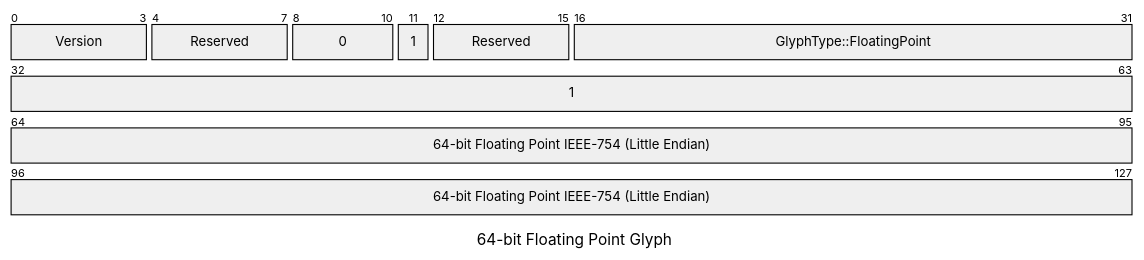
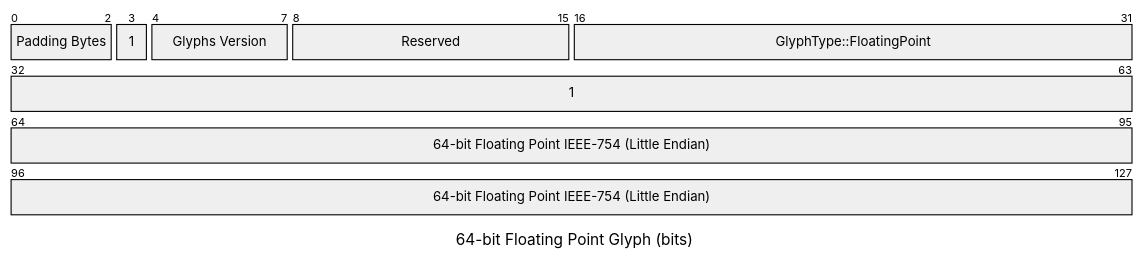
Before and after one commit to elara-themica/glifs-contributor-guide: the seventh of 15 diagrams in src/binary_formats.md, drawn with Mermaid. The commit also changed other lines of this file, not shown here.

````diff
--- a/src/binary_formats.md
+++ b/src/binary_formats.md
@@ -181,14 +175,13 @@
 ```mermaid
 ---
-title: "64-bit Floating Point Glyph"
+title: "64-bit Floating Point Glyph (bits)"
 ---
 packet-beta
-0-3: "Version"
-4-7: "Reserved"
-8-10: "0"
-11: "1"
-12-15: "Reserved"
+0-2: "Padding Bytes"
+3: "1"
+4-7: "Glyphs Version"
+8-15: "Reserved"
 16-31: "GlyphType::FloatingPoint"
 32-63: "1"
 64-127: "64-bit Floating Point IEEE-754 (Little Endian)"
 ```
````
